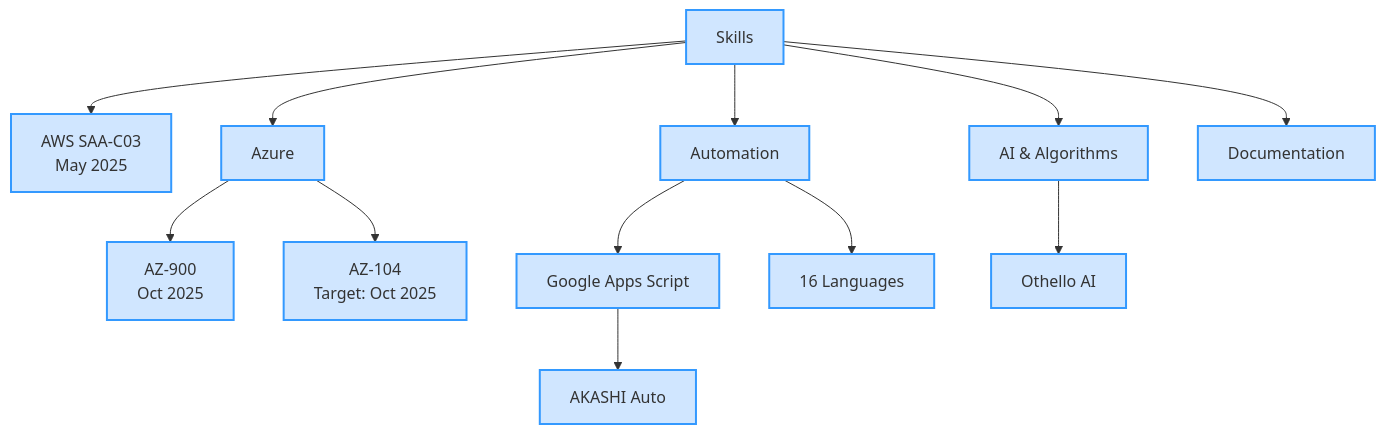
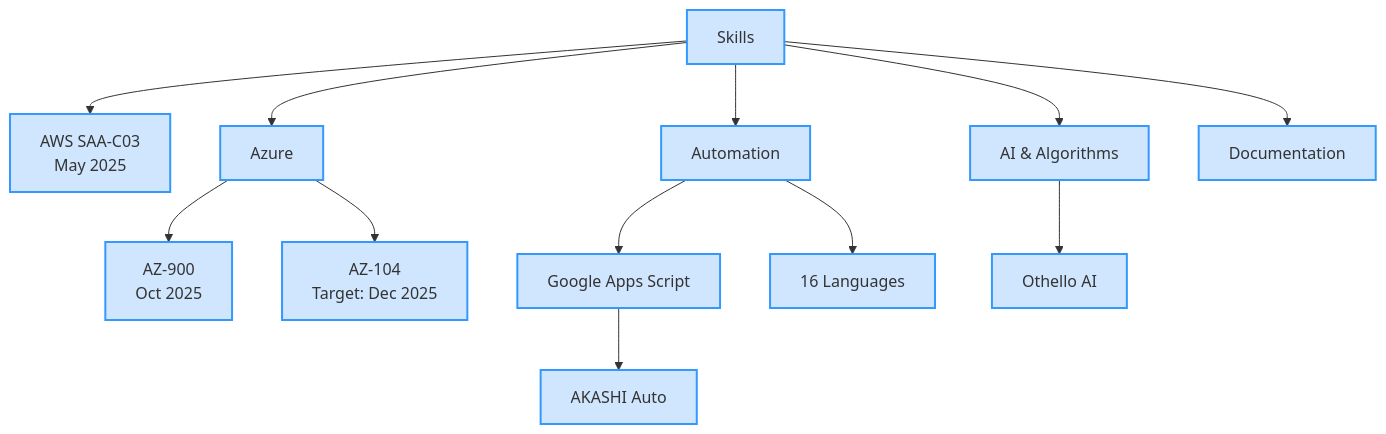
One commit to takeshiyoshida76-cell/takeshiyoshida76 changed the first of 2 diagrams in README.md. Above: the diagram before and after it, drawn with Mermaid. The commit also changed other lines of this file, not shown here.

Commit message:
Update programming languages in README

````diff
--- a/README.md
+++ b/README.md
@@ -44,15 +44,15 @@
 ```mermaid
 graph TD
     classDef skill fill:#d0e6ff,stroke:#3399ff,stroke-width:2px;
     B[Skills]:::skill --> B1[AWS SAA-C03<br>May 2025]:::skill
     B --> B2[Azure]:::skill
     B2 --> B2a[AZ-900<br>Oct 2025]:::skill
-    B2 --> B2b[AZ-104<br>Target: Oct 2025]:::skill
+    B2 --> B2b[AZ-104<br>Target: Dec 2025]:::skill
     B --> B3[Automation]:::skill
     B3 --> B3a[Google Apps Script]:::skill
     B3a --> B3a1[AKASHI Auto]:::skill
     B3 --> B3b[16 Languages]:::skill
     B --> B4[AI & Algorithms]:::skill
     B4 --> B4a[Othello AI]:::skill
     B --> B5[Documentation]:::skill
 ```
````
